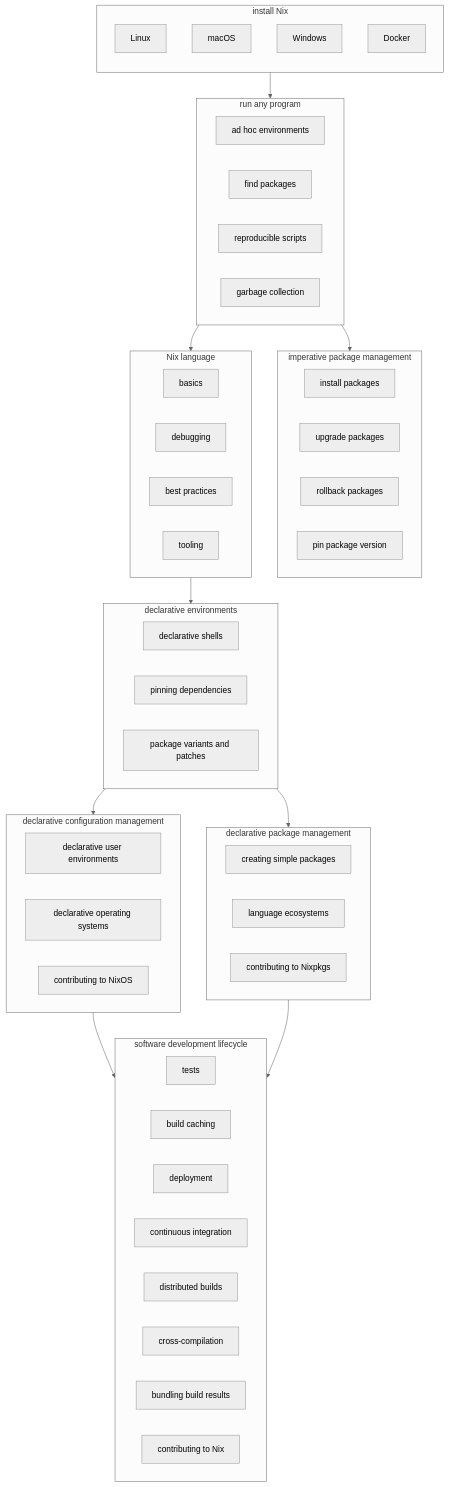
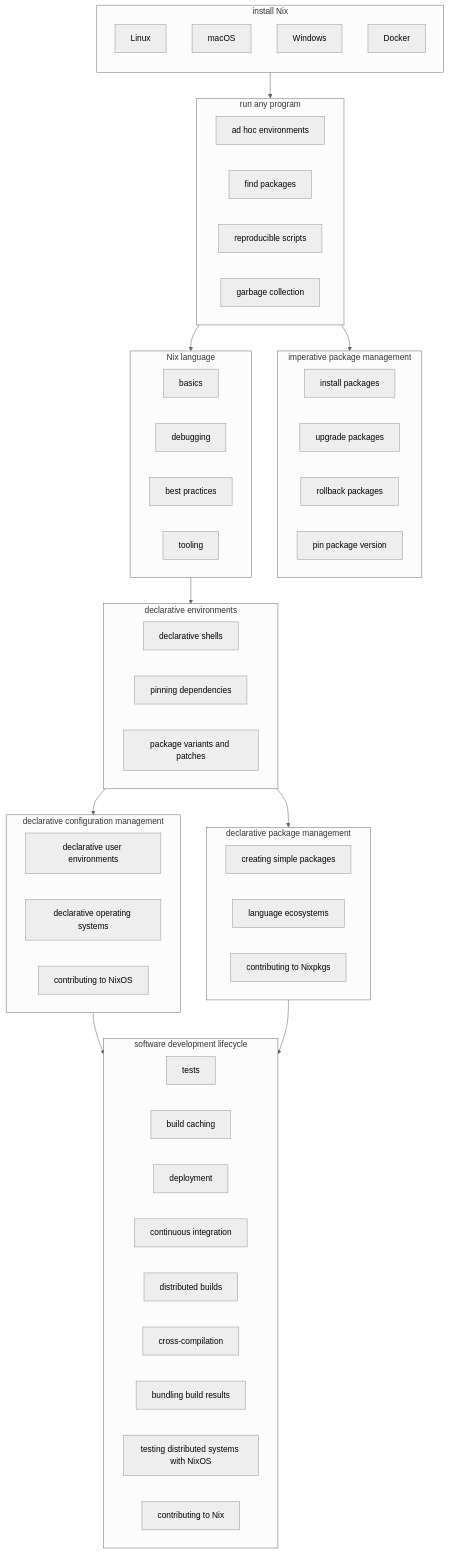
The diagram in CONTRIBUTING.md (NixOS/nix.dev), drawn with Mermaid (neutral theme) before and after one commit.

Commit message:
add NixOS testing to vision diagram (#557)

````diff
--- a/CONTRIBUTING.md
+++ b/CONTRIBUTING.md
@@ -65,59 +65,60 @@
 ```mermaid
 flowchart TB
   subgraph install[install Nix]
     direction TB
     Linux
     macOS
     Windows
     Docker
   end
   subgraph first-steps[run any program]
     run[ad hoc environments]
     findpkgs[find packages]
     scripts[reproducible scripts]
     gc[garbage collection]
   end
   subgraph imperative[imperative package management]
     install-imperative[install packages]
     upgrade[upgrade packages]
     rollback[rollback packages]
     pinning[pin package version]
   end
   subgraph lang[Nix language]
      basics
      debugging
      best-practices[best practices]
      tooling
   end
   subgraph declarative[declarative environments]
     shell[declarative shells]
     pin[pinning dependencies]
     adapt[package variants and patches]
   end
   subgraph configuration[declarative configuration management]
     user[declarative user environments]
     nixos[declarative operating systems]
     nixos-contrib[contributing to NixOS]
   end
   subgraph pkgs[declarative package management]
     trivial[creating simple packages]
     ecosystems[language ecosystems]
     nixpkgs[contributing to Nixpkgs]
   end
   subgraph dev[software development lifecycle]
     tests
     caching[build caching]
     deployment
     ci[continuous integration]
     distributed[distributed builds]
     cross-compilation
     bundling[bundling build results]
+    nixos-tests[testing distributed systems with NixOS]
     nix[contributing to Nix]
   end
   install --> first-steps
   first-steps --> lang & imperative
   lang --> declarative
   declarative --> configuration & pkgs
   configuration --> dev
   pkgs --> dev
 ```
````
